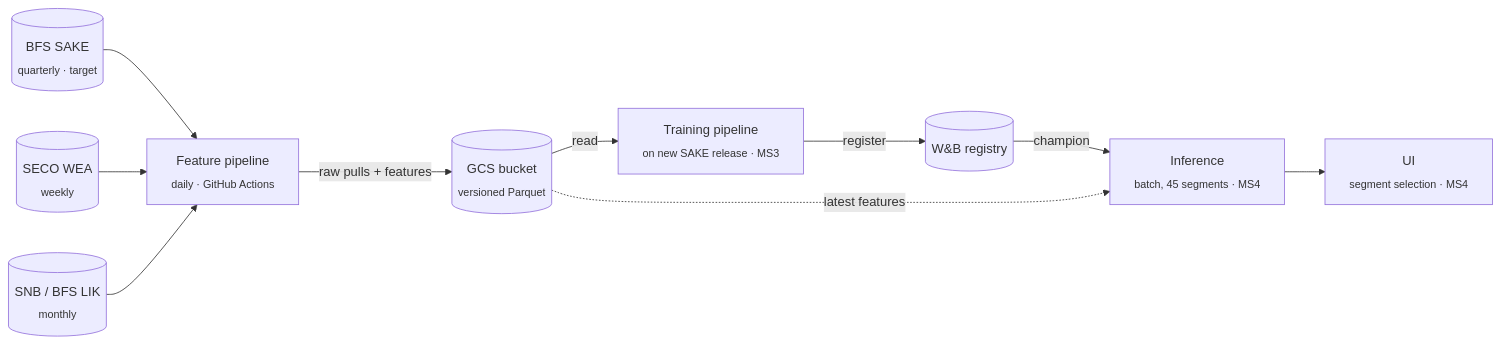
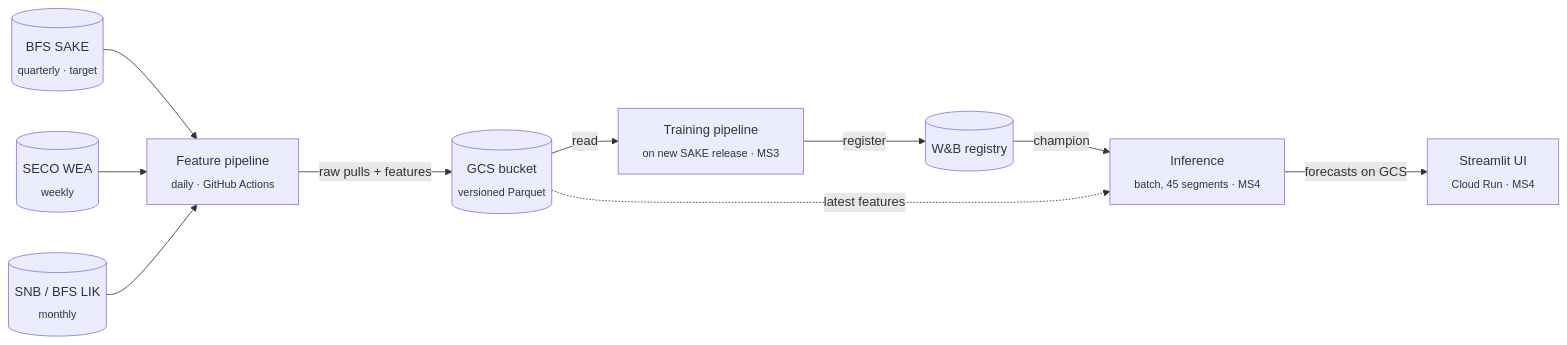
Before and after one commit to theodorahaimoff/HSLU_HS26_MLOPS: the diagram in README.md, drawn with Mermaid. The commit also changed other lines of this file and 5 other files, not shown here.

````diff
--- a/README.md
+++ b/README.md
@@ -28,12 +28,12 @@
 ```mermaid
 flowchart LR
     SAKE[("BFS SAKE<br/><sub>quarterly · target</sub>")] --> Feat
     WEA[("SECO WEA<br/><sub>weekly</sub>")] --> Feat
     LIK[("SNB / BFS LIK<br/><sub>monthly</sub>")] --> Feat
     Feat["Feature pipeline<br/><sub>daily · GitHub Actions</sub>"] -->|raw pulls + features| FS[("GCS bucket<br/><sub>versioned Parquet</sub>")]
     FS -->|read| Train["Training pipeline<br/><sub>on new SAKE release · MS3</sub>"]
     Train -->|register| Reg[("W&B registry")]
     Reg -->|champion| Inf["Inference<br/><sub>batch, 45 segments · MS4</sub>"]
     FS -.->|latest features| Inf
-    Inf --> UI["UI<br/><sub>segment selection · MS4</sub>"]
+    Inf -->|forecasts on GCS| UI["Streamlit UI<br/><sub>Cloud Run · MS4</sub>"]
 ```
````
